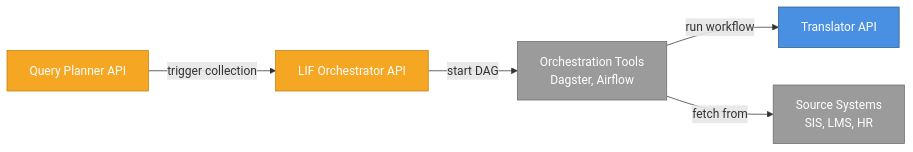
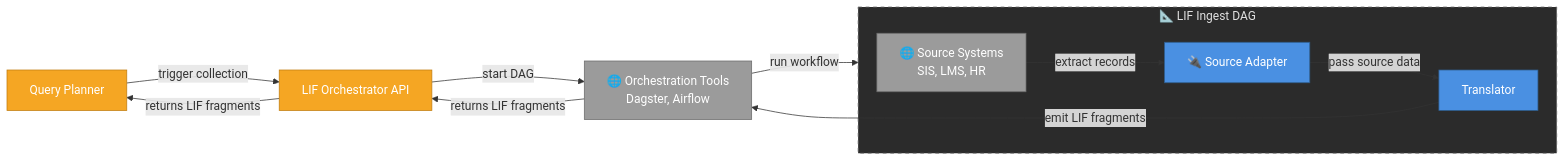
Diagram 12 of 16 in docs/lif_services_overview.md (LIF-Initiative/lif-core), drawn with Mermaid before and after one commit. The commit also changed other lines of this file, not shown here.

Commit message:
docs: update more diagrams and cleanup

````diff
--- a/docs/lif_services_overview.md
+++ b/docs/lif_services_overview.md
@@ -490,22 +510,32 @@
 ```mermaid
 graph LR
-    QP[Query Planner API]
+    QP[Query Planner]
     Orch[LIF Orchestrator API]
-    OrchTools[Orchestration Tools<br/>Dagster, Airflow]
-    Trans[Translator API]
-    Sources[Source Systems<br/>SIS, LMS, HR]
-    
+    OrchTools[🌐 Orchestration Tools<br/>Dagster, Airflow]
+
+    subgraph DAG["📐 LIF Ingest DAG"]
+        Sources["🌐 Source Systems<br/>SIS, LMS, HR"]
+        Adapter["🔌  Source Adapter"]
+        Trans["Translator"]
+    end
+
+    Sources -->|extract records| Adapter
+    Adapter -->|pass source data| Trans
+    Trans -->|emit LIF fragments| OrchTools
     QP -->|trigger collection| Orch
     Orch -->|start DAG| OrchTools
-    OrchTools -->|run workflow| Trans
-    OrchTools -->|fetch from| Sources
+    OrchTools -->|run workflow| DAG
+    OrchTools -->|returns LIF fragments| Orch
+    Orch -->|returns LIF fragments| QP
     
     classDef infraStyle fill:#F5A623,stroke:#C17D11,color:#fff
     classDef coreStyle fill:#4A90E2,stroke:#2E5C8A,color:#fff
     classDef extStyle fill:#9B9B9B,stroke:#6B6B6B,color:#fff
+    classDef dagStyle fill:#2B2B2B,stroke:#6B6B6B,stroke-dasharray: 5 5,color:#E0E0E0
     
     class Orch infraStyle
-    class Trans coreStyle
+    class Trans,Adapter coreStyle
     class QP infraStyle
     class OrchTools,Sources extStyle
+    class DAG dagStyle
 ```
````
